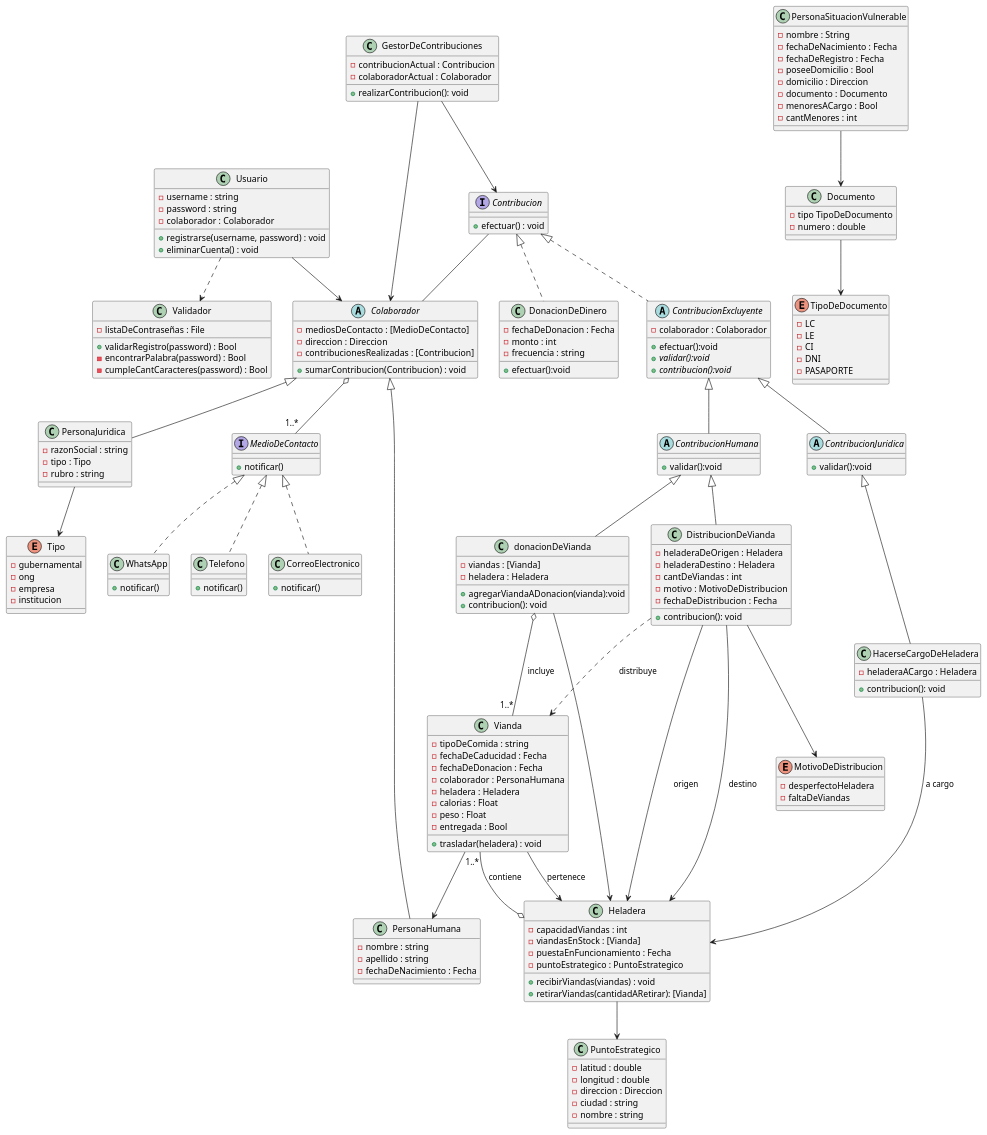
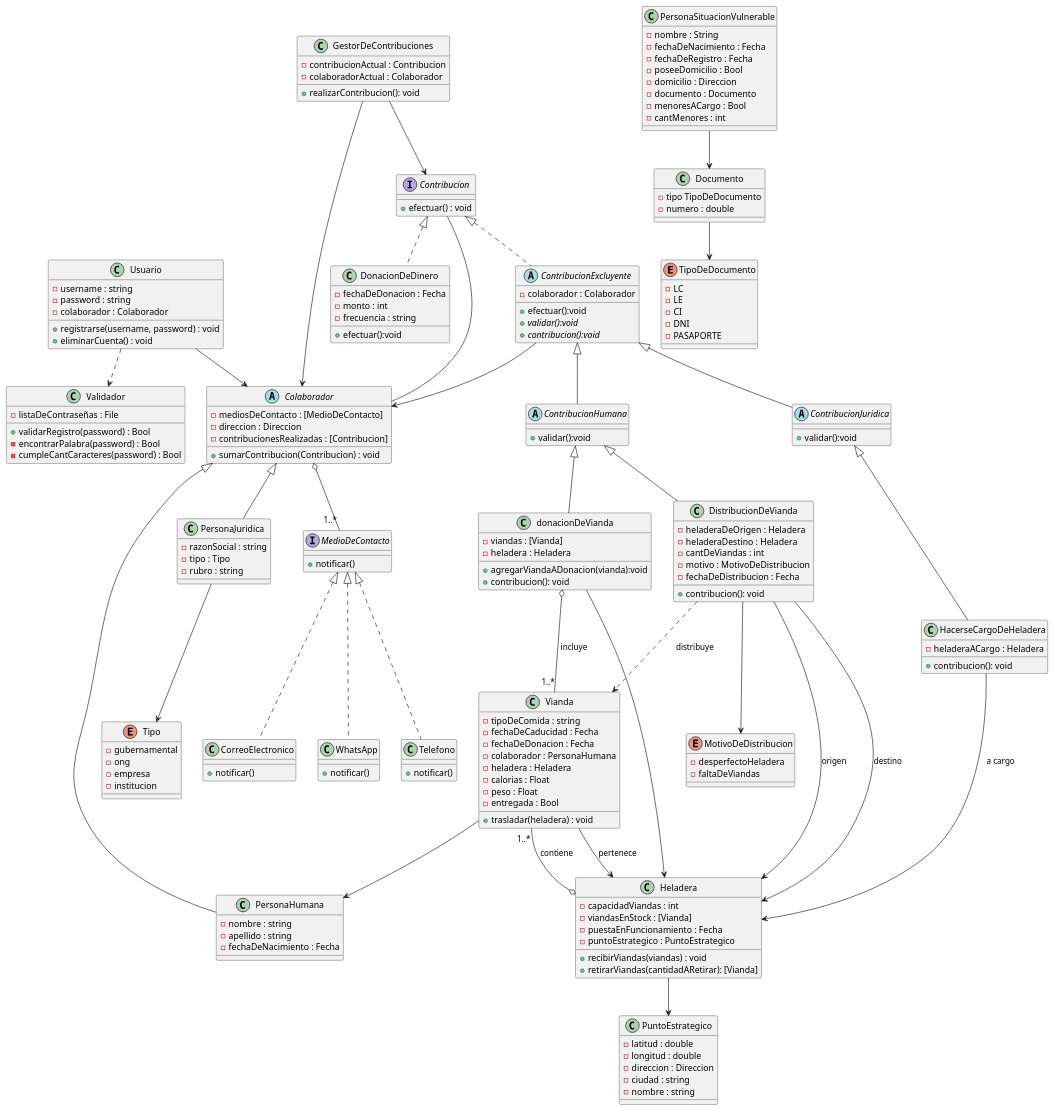
One commit to GonzaloFernandez20/DDS-K3002-2024-Grupo8 changed the diagram in TP-Anual-Entrega1/Modelado/DiagramaDeClases.puml. Above: the diagram before and after it, drawn with PlantUML.

```diff
--- a/TP-Anual-Entrega1/Modelado/DiagramaDeClases.puml
+++ b/TP-Anual-Entrega1/Modelado/DiagramaDeClases.puml
@@ -1,196 +1,196 @@
 @startuml DiagramaDeClases
 
 ' --------------------- COLABORADORES ----------------------
 
 class Usuario{
     - username : string
     - password : string
     - colaborador : Colaborador
     + registrarse(username, password) : void
     + eliminarCuenta() : void
 }
 
 Usuario ..> Validador
 Usuario --> Colaborador
 
 class Validador{
     - listaDeContraseñas : File
     + validarRegistro(password) : Bool
     - encontrarPalabra(password) : Bool
     - cumpleCantCaracteres(password) : Bool
 }
 
 abstract class Colaborador{
     - mediosDeContacto : [MedioDeContacto]
     - direccion : Direccion
     - contribucionesRealizadas : [Contribucion]
     + sumarContribucion(Contribucion) : void
 }
 Contribucion -- Colaborador
 class PersonaHumana extends Colaborador{
     - nombre : string
     - apellido : string
     - fechaDeNacimiento : Fecha
 }
 class PersonaJuridica extends Colaborador{
     - razonSocial : string
     - tipo : Tipo
     - rubro : string
 }
 
 PersonaJuridica --> Tipo
 enum Tipo{
     - gubernamental
     - ong 
     - empresa
     - institucion
 }
 
 ' --------------------- MEDIOS DE CONTACTO ----------------------
 Colaborador o--"1..*" MedioDeContacto 
 interface MedioDeContacto{
     + notificar()
 }
 
 class CorreoElectronico implements MedioDeContacto{
     + notificar()
 }
 class WhatsApp implements MedioDeContacto{
     + notificar()
 }
 class Telefono implements MedioDeContacto{
     + notificar()
 }
 
 ' -------------------------- GESTOR -------------------------
 class GestorDeContribuciones{
     - contribucionActual : Contribucion
     - colaboradorActual : Colaborador
     + realizarContribucion(): void
 }
 GestorDeContribuciones --> Contribucion
 GestorDeContribuciones --> Colaborador
 
 ' --------------------- CONTRIBUCIONES ----------------------
 
 interface Contribucion{
     + efectuar() : void
 
 }
-
+ContribucionExcluyente --> Colaborador
 abstract class ContribucionExcluyente implements Contribucion{
     - colaborador : Colaborador
     + efectuar():void
     + {abstract} validar():void
     + {abstract} contribucion():void
 }
 
 abstract class ContribucionHumana extends ContribucionExcluyente{
     + validar():void
 }
 abstract class ContribucionJuridica extends ContribucionExcluyente{
     + validar():void
 }
 
 class DonacionDeDinero implements Contribucion{
     - fechaDeDonacion : Fecha
     - monto : int
     - frecuencia : string
     + efectuar():void
 }
 
 donacionDeVianda o--"1..*" Vianda : incluye
 donacionDeVianda --> Heladera
 class donacionDeVianda extends ContribucionHumana{
     - viandas : [Vianda]
     - heladera : Heladera
     + agregarViandaADonacion(vianda):void
     + contribucion(): void
 }
 
 DistribucionDeVianda --> Heladera : origen
 DistribucionDeVianda --> Heladera : destino
 DistribucionDeVianda ..> Vianda : distribuye
 class DistribucionDeVianda extends ContribucionHumana{
     - heladeraDeOrigen : Heladera
     - heladeraDestino : Heladera
     - cantDeViandas : int
     - motivo : MotivoDeDistribucion
     - fechaDeDistribucion : Fecha
     + contribucion(): void
 }
 
 DistribucionDeVianda --> MotivoDeDistribucion
 enum MotivoDeDistribucion{
     - desperfectoHeladera
     - faltaDeViandas
 }
 
 HacerseCargoDeHeladera --> Heladera : a cargo
 class HacerseCargoDeHeladera extends ContribucionJuridica{
     - heladeraACargo : Heladera
      + contribucion(): void
 }
 
 ' --------------------- HELADERA ----------------------
 Heladera o--"1..*" Vianda : contiene
 class Heladera{
     - capacidadViandas : int
     - viandasEnStock : [Vianda]
     - puestaEnFuncionamiento : Fecha
     - puntoEstrategico : PuntoEstrategico
     + recibirViandas(viandas) : void
     + retirarViandas(cantidadARetirar): [Vianda]
 }
 
 Heladera --> PuntoEstrategico
 
 class PuntoEstrategico{
     - latitud : double 
     - longitud : double 
     - direccion : Direccion
     - ciudad : string
     - nombre : string
 }
 
 ' --------------------- VIANDA ----------------------
 Vianda --> PersonaHumana
 Vianda --> Heladera : pertenece
 
 class Vianda{
     - tipoDeComida : string
     - fechaDeCaducidad : Fecha
     - fechaDeDonacion : Fecha
     - colaborador : PersonaHumana
     - heladera : Heladera
     - calorias : Float
     - peso : Float
     - entregada : Bool
 
     + trasladar(heladera) : void
 }
 ' --------------------- VULNERABLES ----------------------
 class PersonaSituacionVulnerable{
     - nombre : String 
     - fechaDeNacimiento : Fecha
     - fechaDeRegistro : Fecha
     - poseeDomicilio : Bool
     - domicilio : Direccion
     - documento : Documento
     - menoresACargo : Bool
     - cantMenores : int
 }
 PersonaSituacionVulnerable --> Documento
 class Documento{
     - tipo TipoDeDocumento
     - numero : double
 }
 Documento --> TipoDeDocumento
 enum TipoDeDocumento{
     - LC
     - LE
     - CI
     - DNI
     - PASAPORTE
 }
 @enduml
```
